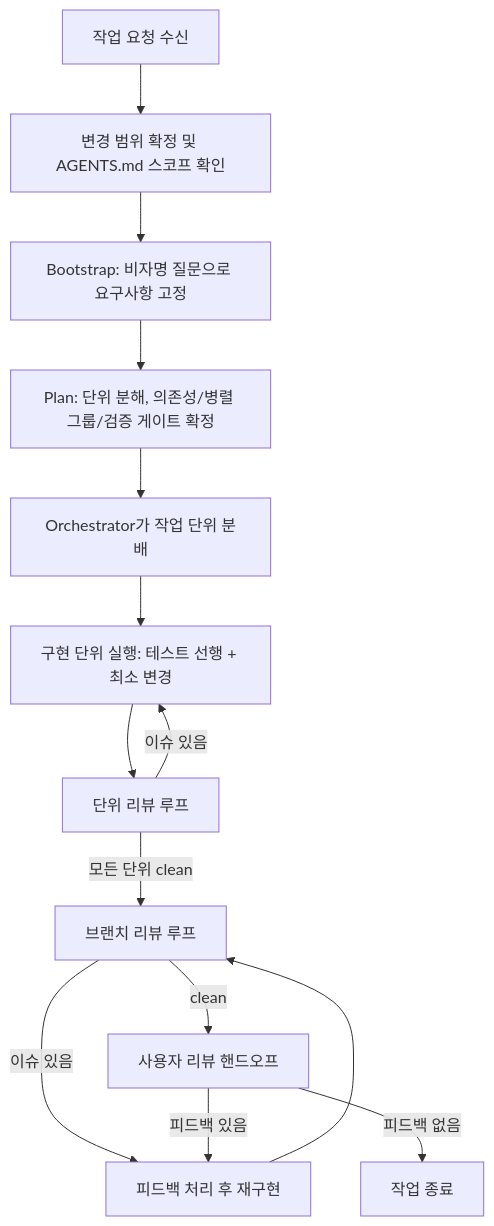
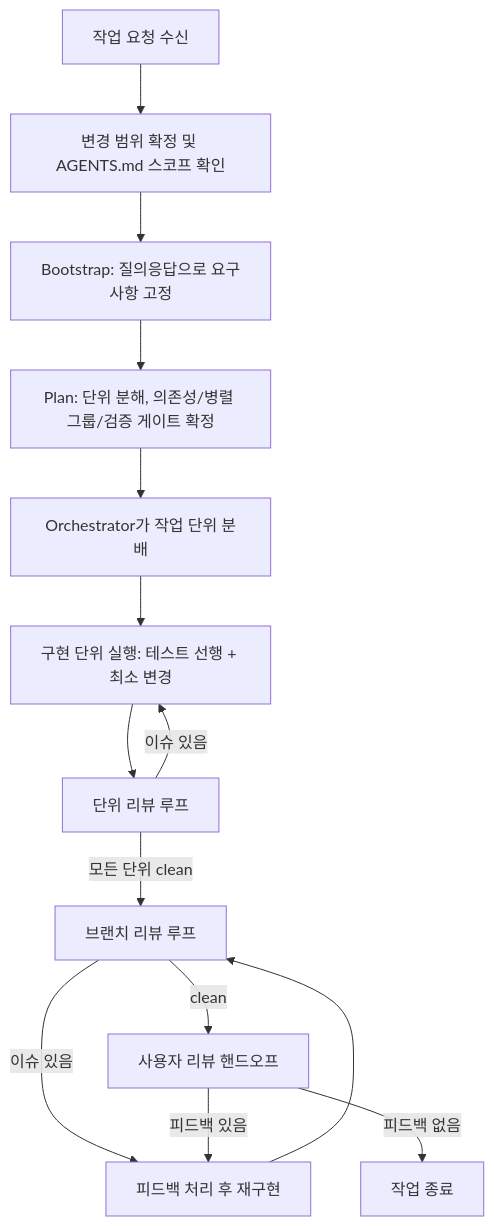
The diagram in MANUAL_FOR_AGENTIC_WORKFLOW.md (cartanova-ai/sonamu), drawn with Mermaid before and after one commit. The commit also changed other lines of this file, not shown here.

Commit message:
[*] docs: 워크플로우 질의응답 가이드와 사용 예시 반영

````diff
--- a/MANUAL_FOR_AGENTIC_WORKFLOW.md
+++ b/MANUAL_FOR_AGENTIC_WORKFLOW.md
@@ -55,16 +55,16 @@
 ```mermaid
 flowchart TD
   A["작업 요청 수신"] --> B["변경 범위 확정 및 AGENTS.md 스코프 확인"]
-  B --> C["Bootstrap: 비자명 질문으로 요구사항 고정"]
+  B --> C["Bootstrap: 질의응답으로 요구사항 고정"]
   C --> D["Plan: 단위 분해, 의존성/병렬 그룹/검증 게이트 확정"]
   D --> E["Orchestrator가 작업 단위 분배"]
   E --> F["구현 단위 실행: 테스트 선행 + 최소 변경"]
   F --> G["단위 리뷰 루프"]
   G -->|"이슈 있음"| F
   G -->|"모든 단위 clean"| H["브랜치 리뷰 루프"]
   H -->|"이슈 있음"| I["피드백 처리 후 재구현"]
   I --> H
   H -->|"clean"| J["사용자 리뷰 핸드오프"]
   J -->|"피드백 있음"| I
   J -->|"피드백 없음"| K["작업 종료"]
 ```
````
